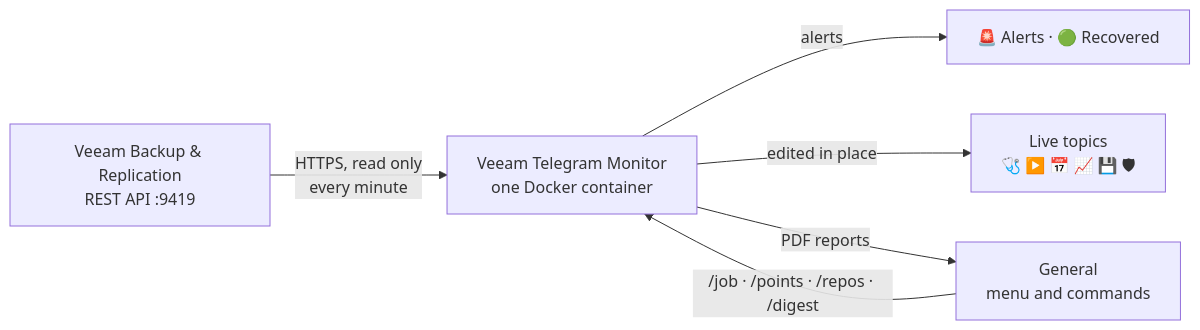
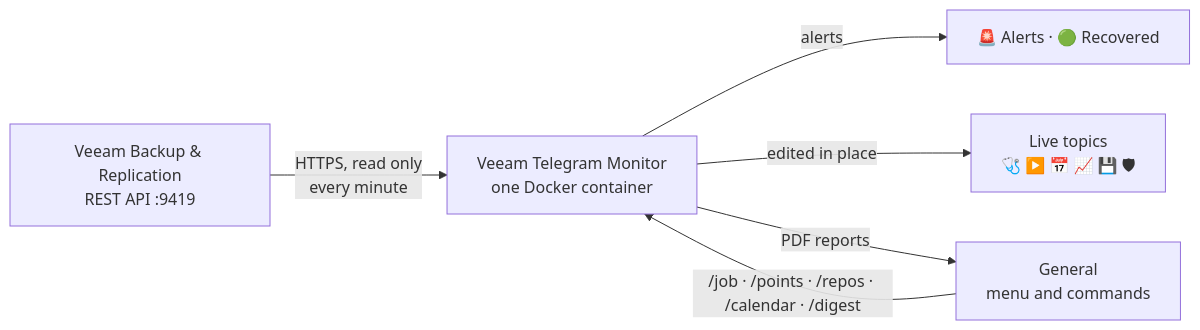
Before and after one commit to MuratFaizulla/veeam-monit: the diagram in README.md, drawn with Mermaid. The commit also changed other lines of this file and 16 other files, not shown here.

````diff
--- a/README.md
+++ b/README.md
@@ -70,8 +70,8 @@
 ```mermaid
 flowchart LR
     V["Veeam Backup & Replication<br/>REST API :9419"] -- "HTTPS, read only<br/>every minute" --> B["Veeam Telegram Monitor<br/>one Docker container"]
     B -- "alerts" --> A["🚨 Alerts · 🟢 Recovered"]
     B -- "edited in place" --> L["Live topics<br/>🩺 ▶️ 📅 📈 💾 🛡"]
-    G["General<br/>menu and commands"] -- "/job · /points · /repos · /digest" --> B
+    G["General<br/>menu and commands"] -- "/job · /points · /repos · /calendar · /digest" --> B
     B -- "PDF reports" --> G
 ```
````
